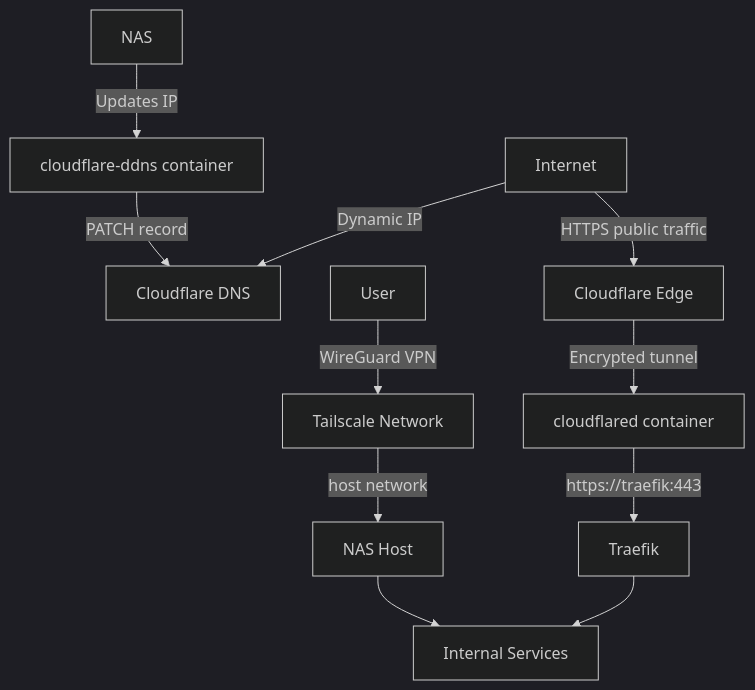
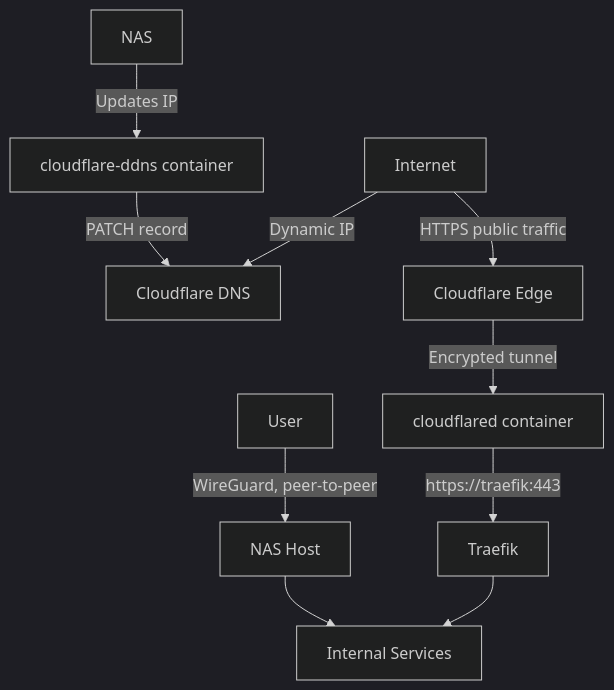
The first of 5 diagrams in docs/network.md (danielbibit/nas-ansible), drawn with Mermaid (dark theme) before and after one commit. The commit also changed other lines of this file and 1 other file, not shown here.

Commit message:
Fix network docs accuracy and link from README

````diff
--- a/docs/network.md
+++ b/docs/network.md
@@ -7,15 +7,14 @@
 ```mermaid
 graph TD
     Internet -->|Dynamic IP| CF_DNS[Cloudflare DNS]
     NAS -->|Updates IP| DDNS[cloudflare-ddns container]
     DDNS -->|PATCH record| CF_DNS
 
     Internet -->|HTTPS public traffic| CF_EDGE[Cloudflare Edge]
     CF_EDGE -->|Encrypted tunnel| Cloudflared[cloudflared container]
     Cloudflared -->|https://traefik:443| Traefik
     Traefik --> Services[Internal Services]
 
-    User -->|WireGuard VPN| Tailscale_Net[Tailscale Network]
-    Tailscale_Net -->|host network| NAS_Host[NAS Host]
+    User -->|WireGuard, peer-to-peer| NAS_Host[NAS Host]
     NAS_Host --> Services
 ```
````
